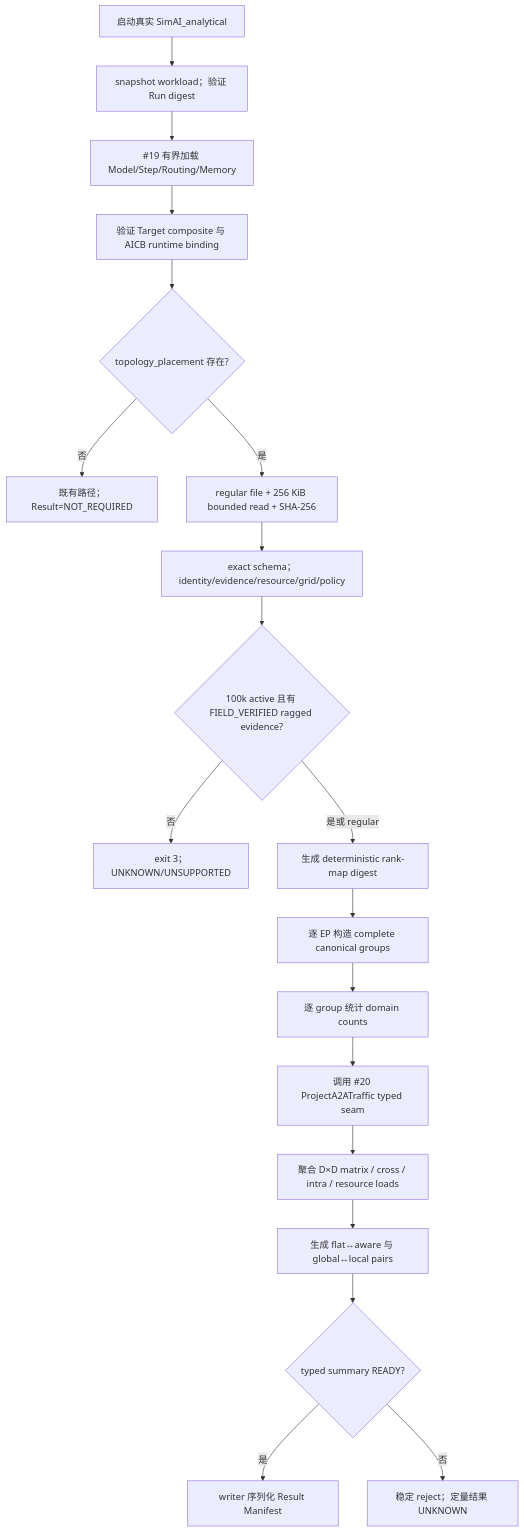
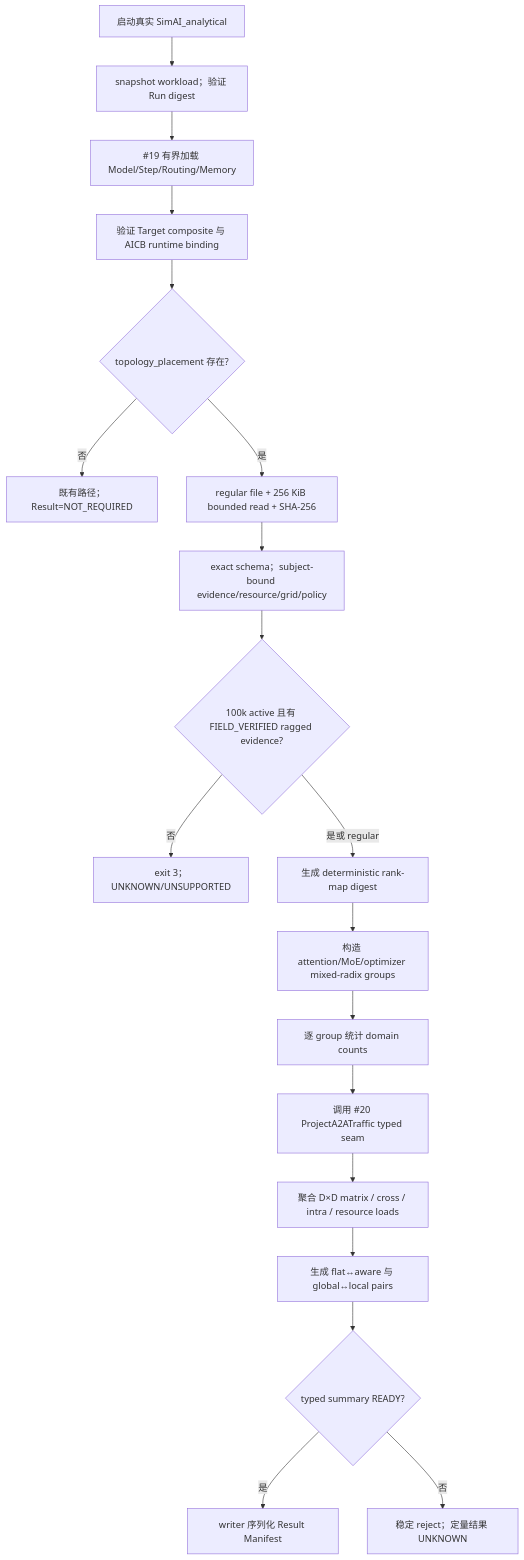
The first of 2 diagrams in docs/design/issue-24-design.md (Kirrito-k423/SimAI-Ascend), drawn with Mermaid before and after one commit. The commit also changed other lines of this file and 6 other files, not shown here.

````diff
--- a/docs/design/issue-24-design.md
+++ b/docs/design/issue-24-design.md
@@ -86,21 +94,21 @@
 ```mermaid
 flowchart TD
   A["启动真实 SimAI_analytical"] --> B["snapshot workload；验证 Run digest"]
   B --> C["#19 有界加载 Model/Step/Routing/Memory"]
   C --> D["验证 Target composite 与 AICB runtime binding"]
   D --> E{"topology_placement 存在?"}
   E -- "否" --> F["既有路径；Result=NOT_REQUIRED"]
   E -- "是" --> G["regular file + 256 KiB bounded read + SHA-256"]
-  G --> H["exact schema；identity/evidence/resource/grid/policy"]
+  G --> H["exact schema；subject-bound evidence/resource/grid/policy"]
   H --> I{"100k active 且有 FIELD_VERIFIED ragged evidence?"}
   I -- "否" --> X["exit 3；UNKNOWN/UNSUPPORTED"]
   I -- "是或 regular" --> J["生成 deterministic rank-map digest"]
-  J --> K["逐 EP 构造 complete canonical groups"]
+  J --> K["构造 attention/MoE/optimizer mixed-radix groups"]
   K --> L["逐 group 统计 domain counts"]
   L --> M["调用 #20 ProjectA2ATraffic typed seam"]
   M --> N["聚合 D×D matrix / cross / intra / resource loads"]
   N --> O["生成 flat↔aware 与 global↔local pairs"]
   O --> P{"typed summary READY?"}
   P -- "是" --> Q["writer 序列化 Result Manifest"]
   P -- "否" --> R["稳定 reject；定量结果 UNKNOWN"]
 ```
````
